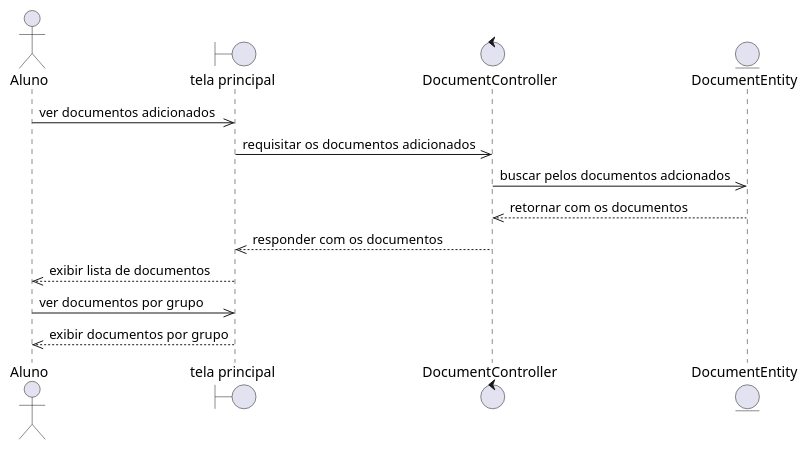
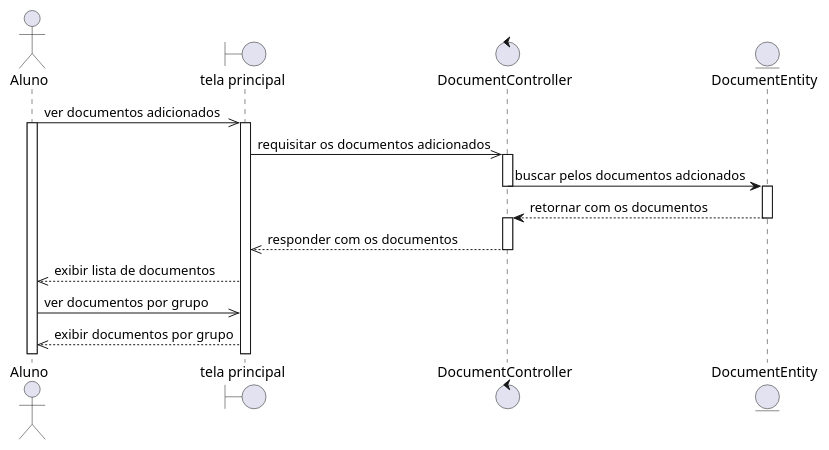
The diagram in sequence/student/student.viewdocuments.wsd (rodrigoRolim/CAdiagrams), drawn with PlantUML before and after one commit. The commit also changed 7 other files, not shown here.

```diff
--- a/sequence/student/student.viewdocuments.wsd
+++ b/sequence/student/student.viewdocuments.wsd
@@ -1,15 +1,23 @@
 @startuml
 actor Aluno
 boundary "tela principal" as home
 control DocumentController 
 entity DocumentEntity
 
 Aluno ->> home: ver documentos adicionados
+activate Aluno
+activate home
 home ->> DocumentController: requisitar os documentos adicionados
-DocumentController ->> DocumentEntity: buscar pelos documentos adcionados
-DocumentEntity -->> DocumentController: retornar com os documentos
+activate DocumentController
+DocumentController -> DocumentEntity: buscar pelos documentos adcionados
+deactivate DocumentController
+activate DocumentEntity
+DocumentEntity --> DocumentController: retornar com os documentos
+deactivate DocumentEntity
+activate DocumentController
 DocumentController -->> home: responder com os documentos
+deactivate DocumentController
 home -->> Aluno: exibir lista de documentos
 Aluno ->> home: ver documentos por grupo
 home -->> Aluno: exibir documentos por grupo
 @enduml
```
